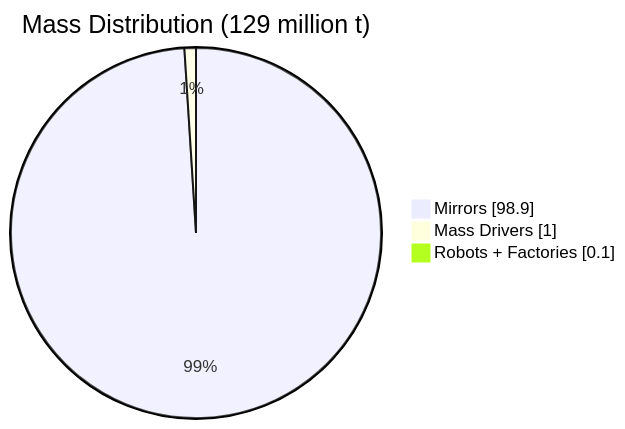
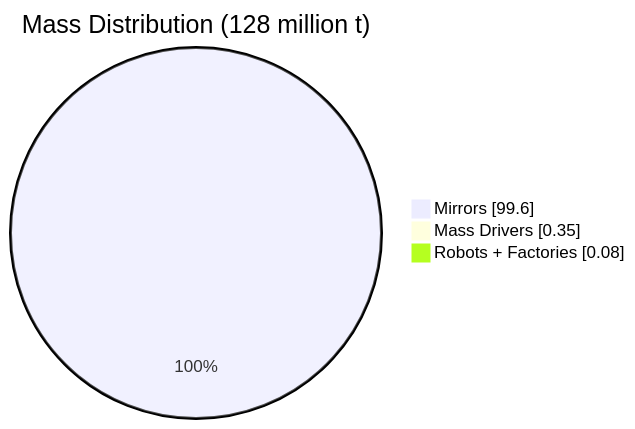
One commit to DmitryNasikanov/infinite-energy changed the second of 2 diagrams in en/science/detailed/production/overview.qmd. Above: the diagram before and after it, drawn with Mermaid. The commit also changed other lines of this file and 71 other files, not shown here.

````diff
--- a/en/science/detailed/production/overview.qmd
+++ b/en/science/detailed/production/overview.qmd
@@ -271,8 +256,8 @@
 ```{mermaid}
 %%| fig-width: 8
 pie showData
-    title Mass Distribution (129 million t)
-    "Mirrors" : 98.9
-    "Mass Drivers" : 1.0
-    "Robots + Factories" : 0.1
+    title Mass Distribution (128 million t)
+    "Mirrors" : 99.6
+    "Mass Drivers" : 0.35
+    "Robots + Factories" : 0.08
 ```
````
